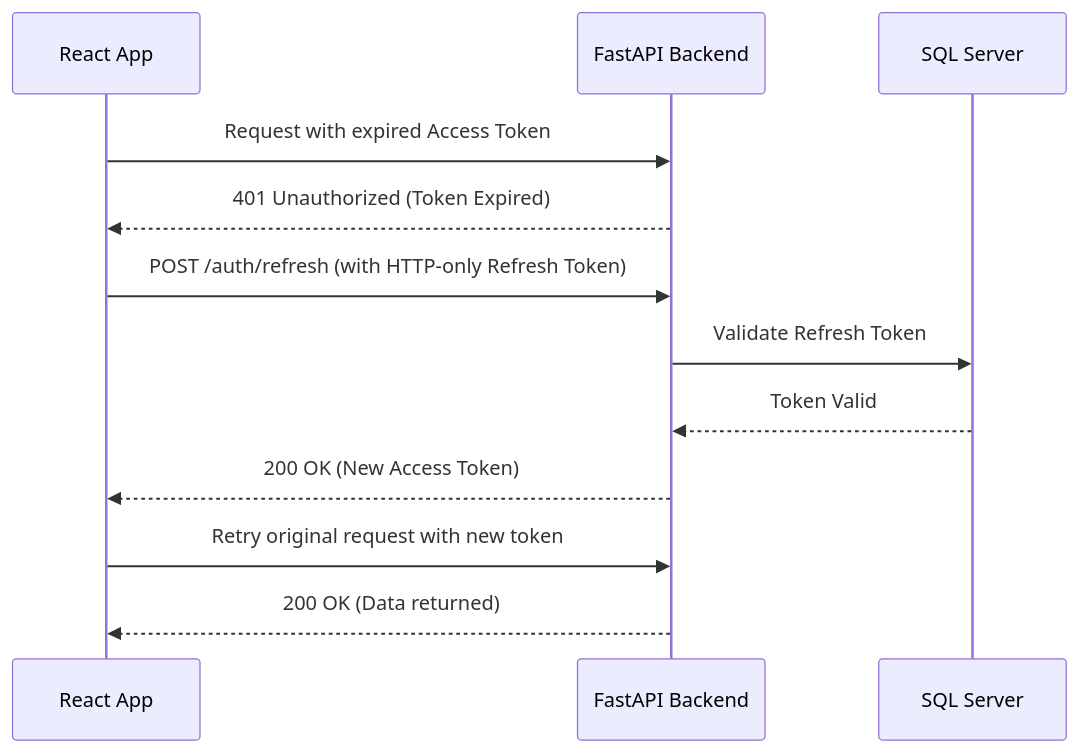
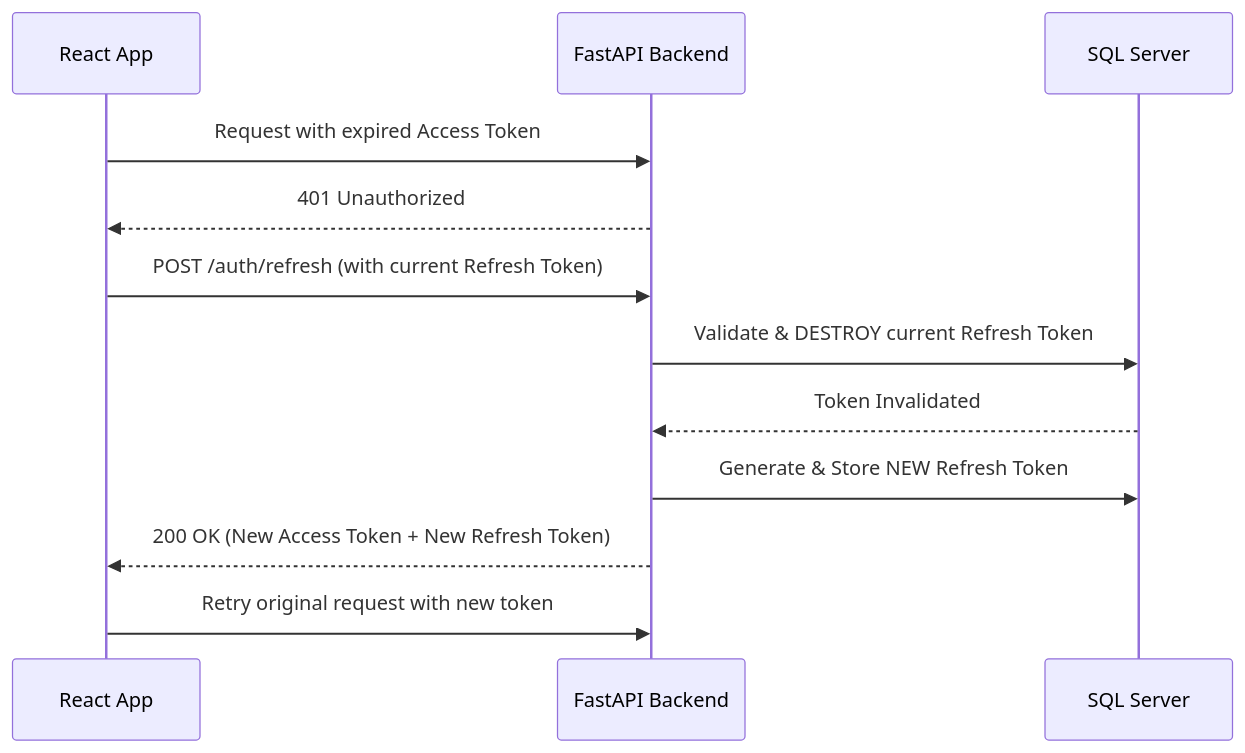
Before and after one commit to Khiem2112/inventory-management-app: the second of 5 diagrams in README.md, drawn with Mermaid. The commit also changed other lines of this file, not shown here.

Commit message:
Update README with new token handling and verification flow

````diff
--- a/README.md
+++ b/README.md
@@ -129,15 +129,15 @@
 ```mermaid
 sequenceDiagram
     participant Client as React App
     participant API as FastAPI Backend
     participant DB as SQL Server
     
     Client->>API: Request with expired Access Token
-    API-->>Client: 401 Unauthorized (Token Expired)
-    Client->>API: POST /auth/refresh (with HTTP-only Refresh Token)
-    API->>DB: Validate Refresh Token
-    DB-->>API: Token Valid
-    API-->>Client: 200 OK (New Access Token)
+    API-->>Client: 401 Unauthorized
+    Client->>API: POST /auth/refresh (with current Refresh Token)
+    API->>DB: Validate & DESTROY current Refresh Token
+    DB-->>API: Token Invalidated
+    API->>DB: Generate & Store NEW Refresh Token
+    API-->>Client: 200 OK (New Access Token + New Refresh Token)
     Client->>API: Retry original request with new token
-    API-->>Client: 200 OK (Data returned)
 ```
````
